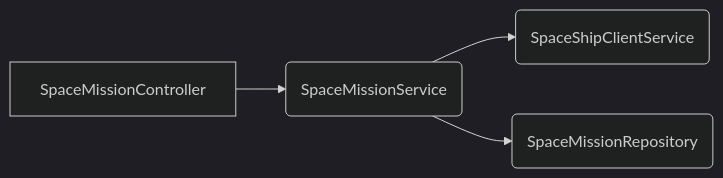
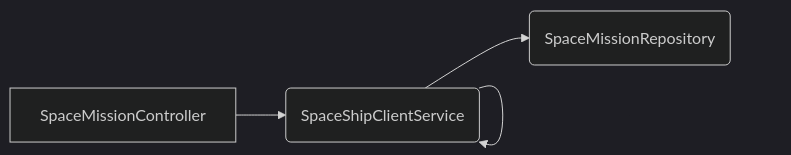
The diagram in README.md (cf-training-springboot-2019/spacemission-manager), drawn with Mermaid (dark theme) before and after one commit. The commit also changed 3 other files, not shown here.

````diff
--- a/README.md
+++ b/README.md
@@ -40,6 +40,6 @@
 ```mermaid
 graph LR
 A[SpaceMissionController] --> B1(SpaceMissionService)
-B1 --> B2(SpaceShipClientService)
+B1 --> B1(SpaceShipClientService)
 B1 --> C1(SpaceMissionRepository)
 ```
````
